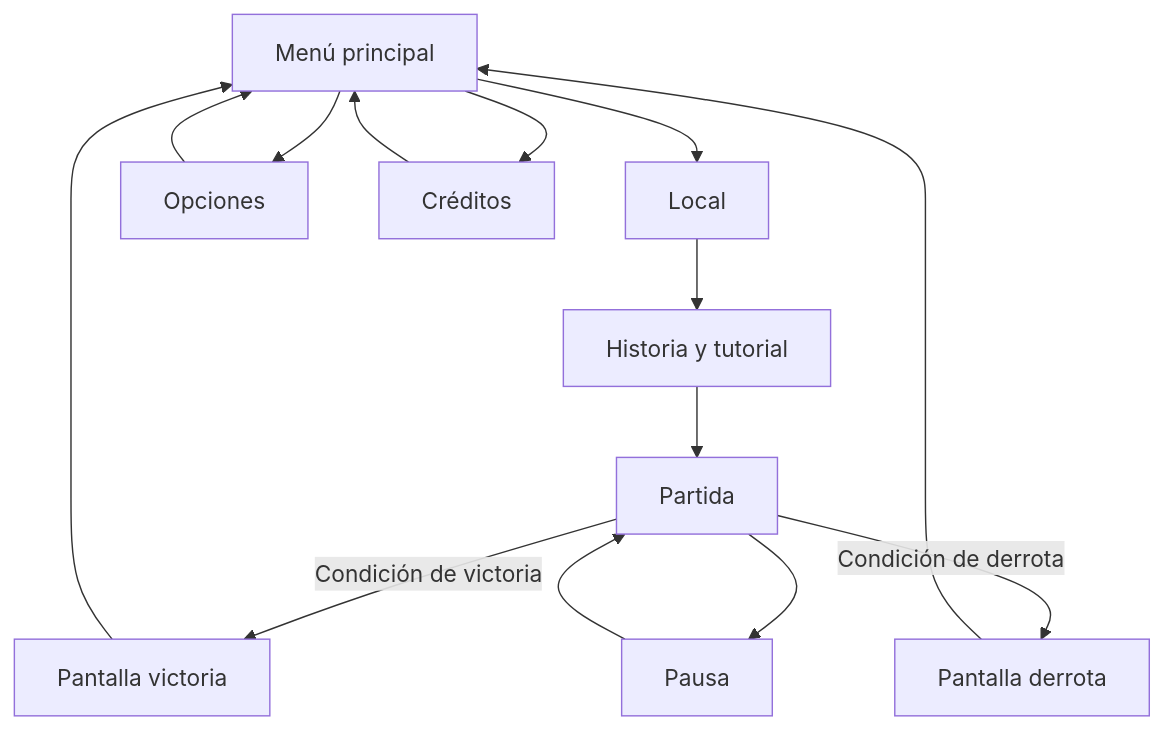
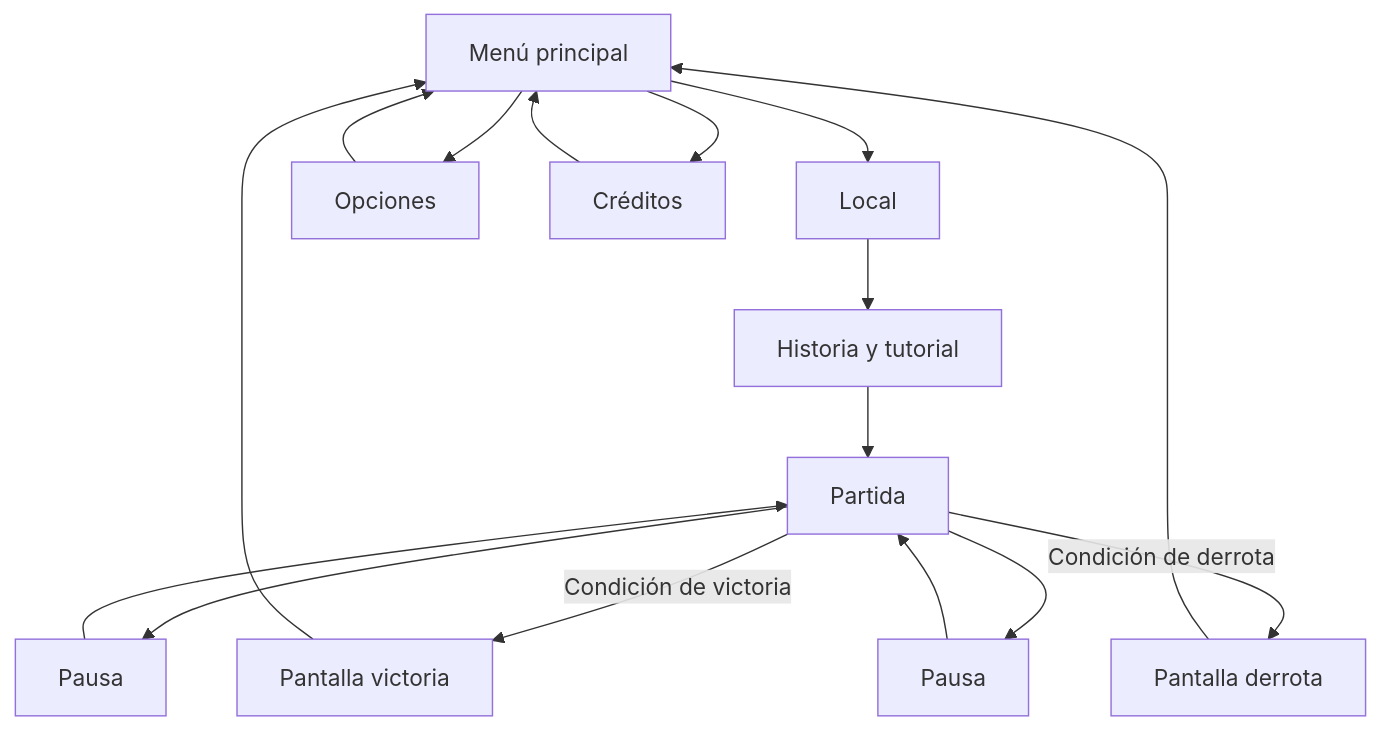
One commit to YC2025H/JUEGO_EN_RED changed the diagram in GDD.md. Above: the diagram before and after it, drawn with Mermaid. The commit also changed other lines of this file and 1 other file, not shown here.

````diff
--- a/GDD.md
+++ b/GDD.md
@@ -281,17 +256,19 @@
 ```mermaid
 flowchart TD
     A[Menú principal]
     A --> B[Local]
     A --> C[Opciones]
     A --> D[Créditos]
     D --> A
     B --> I[Historia y tutorial]
     I --> E[Partida]
+    E --> J[Pausa]
+    J --> E
     C --> A
     E --> |Condición de victoria| F[Pantalla victoria]
     E --> |Condición de derrota| G[Pantalla derrota]
     E --> H[Pausa]
     H --> E
     F --> A
     G --> A
 ```
````
